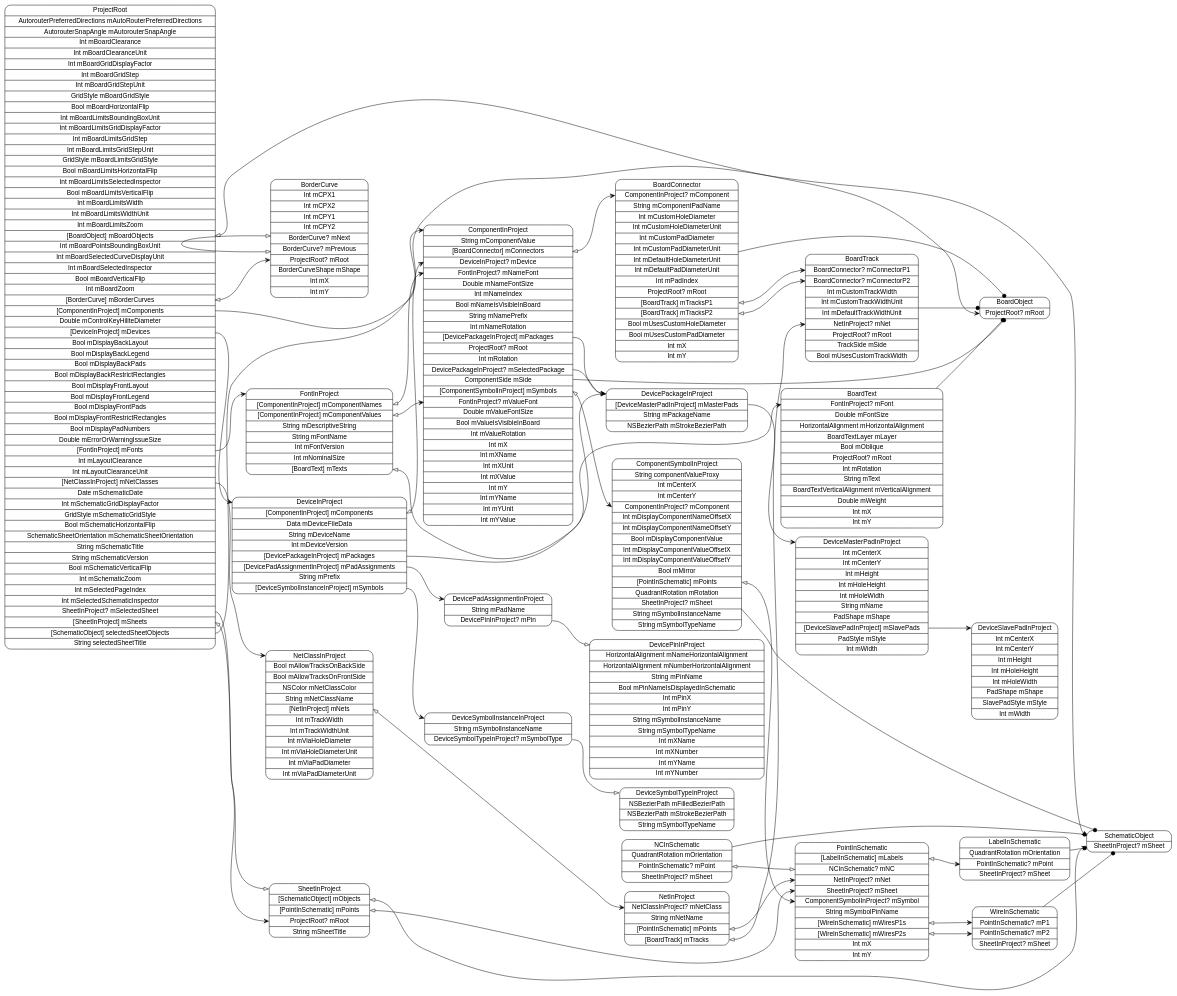
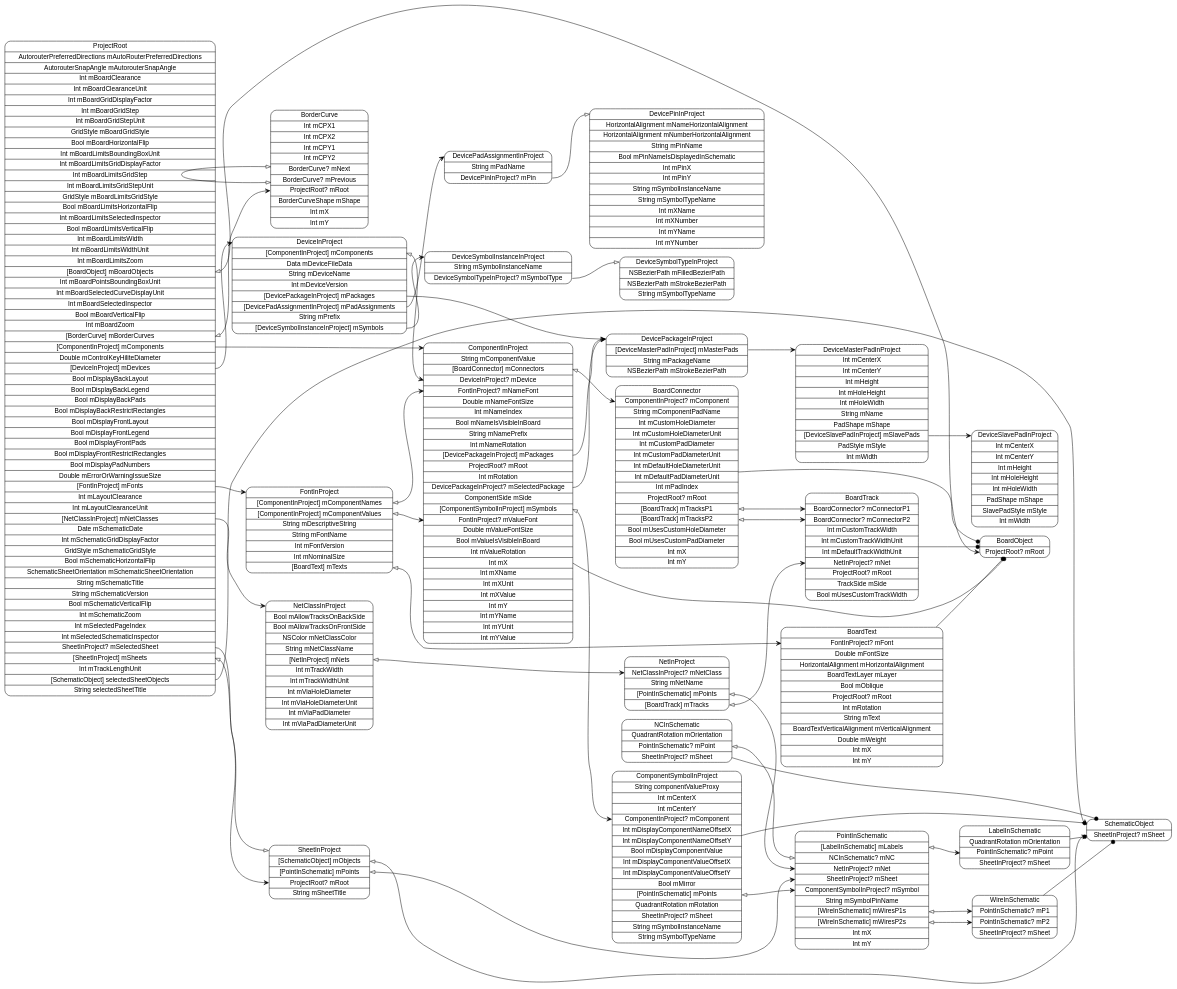
One commit to pierremolinaro/ElCanari-dev changed the diagram in models/ProjectRoot.dot. Above: the diagram before and after it, drawn with Graphviz. The commit also changed 35 other files, not shown here.

Commit message:
Added track count, via count, track length

```diff
--- a/models/ProjectRoot.dot
+++ b/models/ProjectRoot.dot
@@ -1,7 +1,7 @@
 digraph G {
   rankdir=LR ;
   node [shape=record fontname=helvetica style=rounded] ;
-  ProjectRoot[label="<ProjectRoot>ProjectRoot|AutorouterPreferredDirections mAutoRouterPreferredDirections|AutorouterSnapAngle mAutorouterSnapAngle|Int mBoardClearance|Int mBoardClearanceUnit|Int mBoardGridDisplayFactor|Int mBoardGridStep|Int mBoardGridStepUnit|GridStyle mBoardGridStyle|Bool mBoardHorizontalFlip|Int mBoardLimitsBoundingBoxUnit|Int mBoardLimitsGridDisplayFactor|Int mBoardLimitsGridStep|Int mBoardLimitsGridStepUnit|GridStyle mBoardLimitsGridStyle|Bool mBoardLimitsHorizontalFlip|Int mBoardLimitsSelectedInspector|Bool mBoardLimitsVerticalFlip|Int mBoardLimitsWidth|Int mBoardLimitsWidthUnit|Int mBoardLimitsZoom|<mBoardObjects>[BoardObject] mBoardObjects|Int mBoardPointsBoundingBoxUnit|Int mBoardSelectedCurveDisplayUnit|Int mBoardSelectedInspector|Bool mBoardVerticalFlip|Int mBoardZoom|<mBorderCurves>[BorderCurve] mBorderCurves|<mComponents>[ComponentInProject] mComponents|Double mControlKeyHiliteDiameter|<mDevices>[DeviceInProject] mDevices|Bool mDisplayBackLayout|Bool mDisplayBackLegend|Bool mDisplayBackPads|Bool mDisplayBackRestrictRectangles|Bool mDisplayFrontLayout|Bool mDisplayFrontLegend|Bool mDisplayFrontPads|Bool mDisplayFrontRestrictRectangles|Bool mDisplayPadNumbers|Double mErrorOrWarningIssueSize|<mFonts>[FontInProject] mFonts|Int mLayoutClearance|Int mLayoutClearanceUnit|<mNetClasses>[NetClassInProject] mNetClasses|Date mSchematicDate|Int mSchematicGridDisplayFactor|GridStyle mSchematicGridStyle|Bool mSchematicHorizontalFlip|SchematicSheetOrientation mSchematicSheetOrientation|String mSchematicTitle|String mSchematicVersion|Bool mSchematicVerticalFlip|Int mSchematicZoom|Int mSelectedPageIndex|Int mSelectedSchematicInspector|<mSelectedSheet>SheetInProject? mSelectedSheet|<mSheets>[SheetInProject] mSheets|<selectedSheetObjects>[SchematicObject] selectedSheetObjects|String selectedSheetTitle"] ;
+  ProjectRoot[label="<ProjectRoot>ProjectRoot|AutorouterPreferredDirections mAutoRouterPreferredDirections|AutorouterSnapAngle mAutorouterSnapAngle|Int mBoardClearance|Int mBoardClearanceUnit|Int mBoardGridDisplayFactor|Int mBoardGridStep|Int mBoardGridStepUnit|GridStyle mBoardGridStyle|Bool mBoardHorizontalFlip|Int mBoardLimitsBoundingBoxUnit|Int mBoardLimitsGridDisplayFactor|Int mBoardLimitsGridStep|Int mBoardLimitsGridStepUnit|GridStyle mBoardLimitsGridStyle|Bool mBoardLimitsHorizontalFlip|Int mBoardLimitsSelectedInspector|Bool mBoardLimitsVerticalFlip|Int mBoardLimitsWidth|Int mBoardLimitsWidthUnit|Int mBoardLimitsZoom|<mBoardObjects>[BoardObject] mBoardObjects|Int mBoardPointsBoundingBoxUnit|Int mBoardSelectedCurveDisplayUnit|Int mBoardSelectedInspector|Bool mBoardVerticalFlip|Int mBoardZoom|<mBorderCurves>[BorderCurve] mBorderCurves|<mComponents>[ComponentInProject] mComponents|Double mControlKeyHiliteDiameter|<mDevices>[DeviceInProject] mDevices|Bool mDisplayBackLayout|Bool mDisplayBackLegend|Bool mDisplayBackPads|Bool mDisplayBackRestrictRectangles|Bool mDisplayFrontLayout|Bool mDisplayFrontLegend|Bool mDisplayFrontPads|Bool mDisplayFrontRestrictRectangles|Bool mDisplayPadNumbers|Double mErrorOrWarningIssueSize|<mFonts>[FontInProject] mFonts|Int mLayoutClearance|Int mLayoutClearanceUnit|<mNetClasses>[NetClassInProject] mNetClasses|Date mSchematicDate|Int mSchematicGridDisplayFactor|GridStyle mSchematicGridStyle|Bool mSchematicHorizontalFlip|SchematicSheetOrientation mSchematicSheetOrientation|String mSchematicTitle|String mSchematicVersion|Bool mSchematicVerticalFlip|Int mSchematicZoom|Int mSelectedPageIndex|Int mSelectedSchematicInspector|<mSelectedSheet>SheetInProject? mSelectedSheet|<mSheets>[SheetInProject] mSheets|Int mTrackLengthUnit|<selectedSheetObjects>[SchematicObject] selectedSheetObjects|String selectedSheetTitle"] ;
   SchematicObject[label="<SchematicObject>SchematicObject|<mSheet>SheetInProject? mSheet"] ;
   SheetInProject[label="<SheetInProject>SheetInProject|<mObjects>[SchematicObject] mObjects|<mPoints>[PointInSchematic] mPoints|<mRoot>ProjectRoot? mRoot|String mSheetTitle"] ;
   PointInSchematic[label="<PointInSchematic>PointInSchematic|<mLabels>[LabelInSchematic] mLabels|<mNC>NCInSchematic? mNC|<mNet>NetInProject? mNet|<mSheet>SheetInProject? mSheet|<mSymbol>ComponentSymbolInProject? mSymbol|String mSymbolPinName|<mWiresP1s>[WireInSchematic] mWiresP1s|<mWiresP2s>[WireInSchematic] mWiresP2s|Int mX|Int mY"] ;
```
